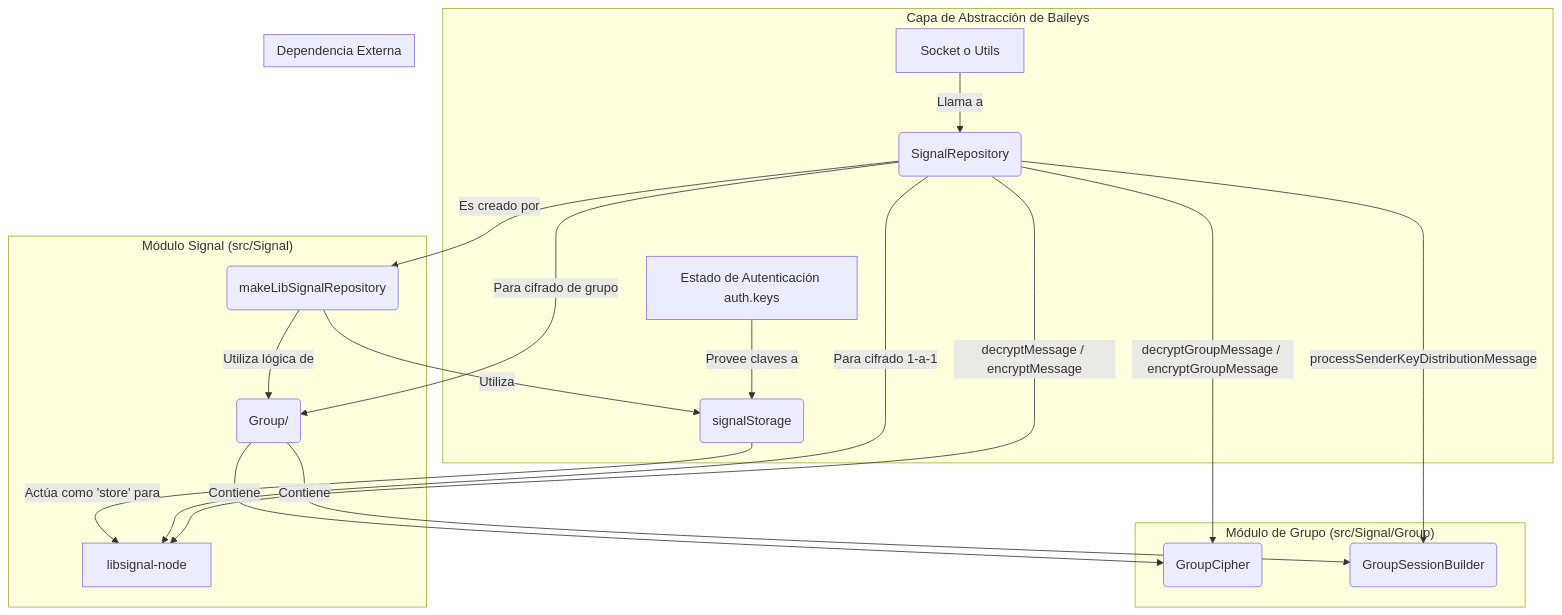
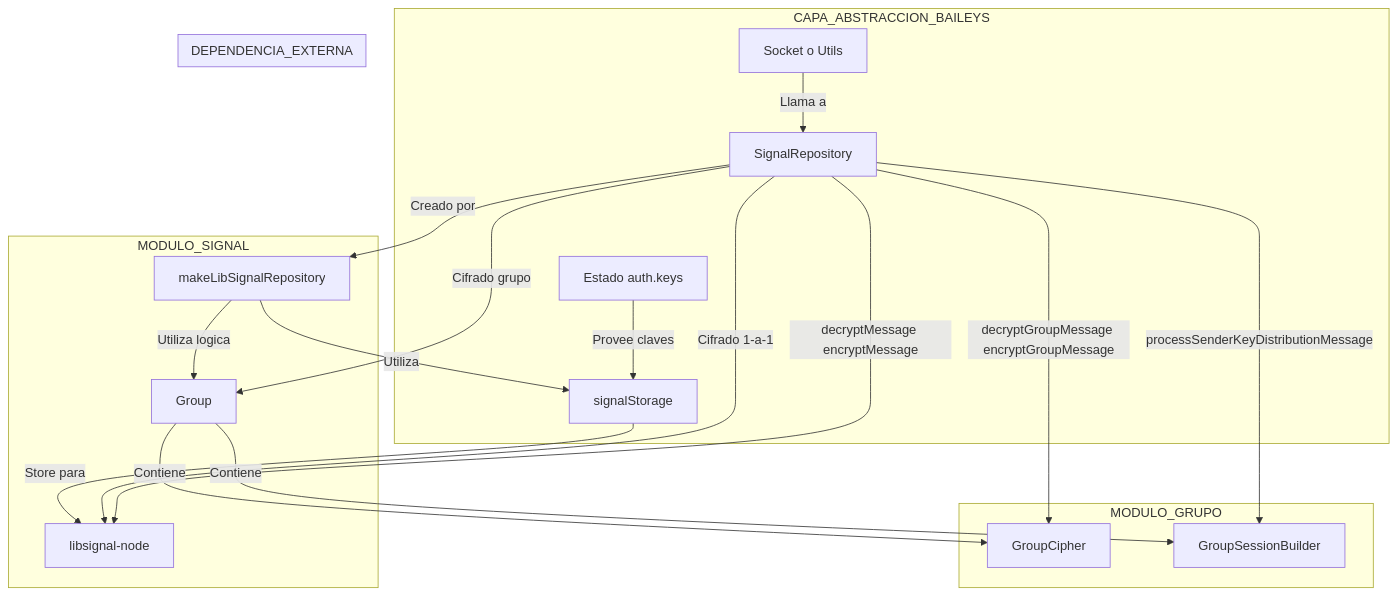
The diagram in src/Signal/diagram.md (medinatello/Baileys), drawn with Mermaid before and after one commit. The commit also changed other lines of this file and 15 other files, not shown here.

````diff
--- a/src/Signal/diagram.md
+++ b/src/Signal/diagram.md
@@ -5,29 +9,29 @@
 ```mermaid
-graph TD
-    subgraph "Capa de Abstracción de Baileys"
-        A[Socket o Utils] -- Llama a --> B(SignalRepository);
-        C[Estado de Autenticación auth.keys] -- Provee claves a --> E(signalStorage);
+flowchart TD
+    subgraph CAPA_ABSTRACCION_BAILEYS
+        A[Socket o Utils] -- Llama a --> B[SignalRepository]
+        C[Estado auth.keys] -- Provee claves --> E[signalStorage]
     end
 
-    subgraph "Módulo Signal (src/Signal)"
-        B -- Es creado por --> D(makeLibSignalRepository);
-        D -- Utiliza --> E;
-        D -- Utiliza lógica de --> F(Group/);
-        E -- Actúa como 'store' para --> G[libsignal-node];
-        B -- Para cifrado 1-a-1 --> G;
-        B -- Para cifrado de grupo --> F;
+    subgraph MODULO_SIGNAL
+        B -- Creado por --> D[makeLibSignalRepository]
+        D -- Utiliza --> E
+        D -- Utiliza logica --> F[Group]
+        E -- Store para --> G[libsignal-node]
+        B -- Cifrado 1-a-1 --> G
+        B -- Cifrado grupo --> F
     end
 
-    subgraph "Dependencia Externa"
-        G[libsignal-node];
+    subgraph DEPENDENCIA_EXTERNA
+        G[libsignal-node]
     end
 
-    subgraph "Módulo de Grupo (src/Signal/Group)"
-        F -- Contiene --> H(GroupCipher);
-        F -- Contiene --> I(GroupSessionBuilder);
+    subgraph MODULO_GRUPO
+        F -- Contiene --> H[GroupCipher]
+        F -- Contiene --> I[GroupSessionBuilder]
     end
 
-    B -- decryptMessage / encryptMessage --> G;
-    B -- decryptGroupMessage / encryptGroupMessage --> H;
-    B -- processSenderKeyDistributionMessage --> I;
+    B -- decryptMessage encryptMessage --> G
+    B -- decryptGroupMessage encryptGroupMessage --> H
+    B -- processSenderKeyDistributionMessage --> I
 ```
````
